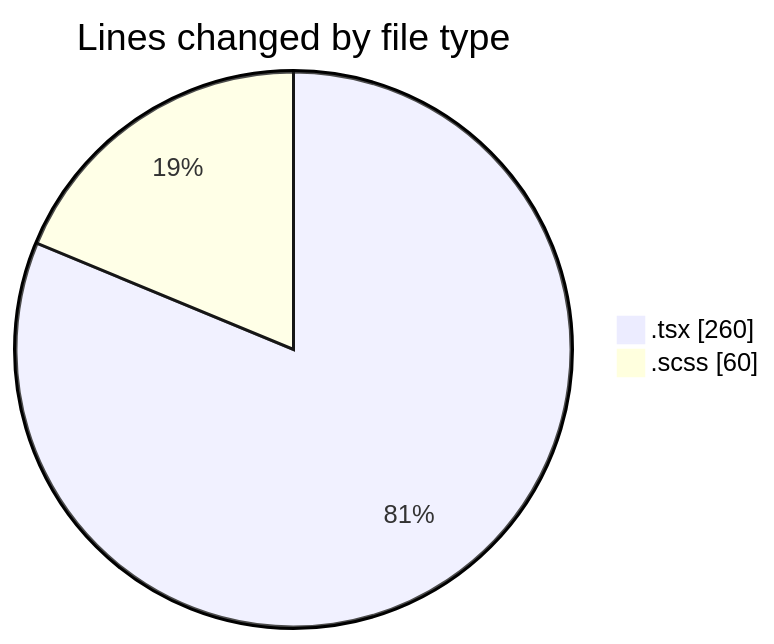
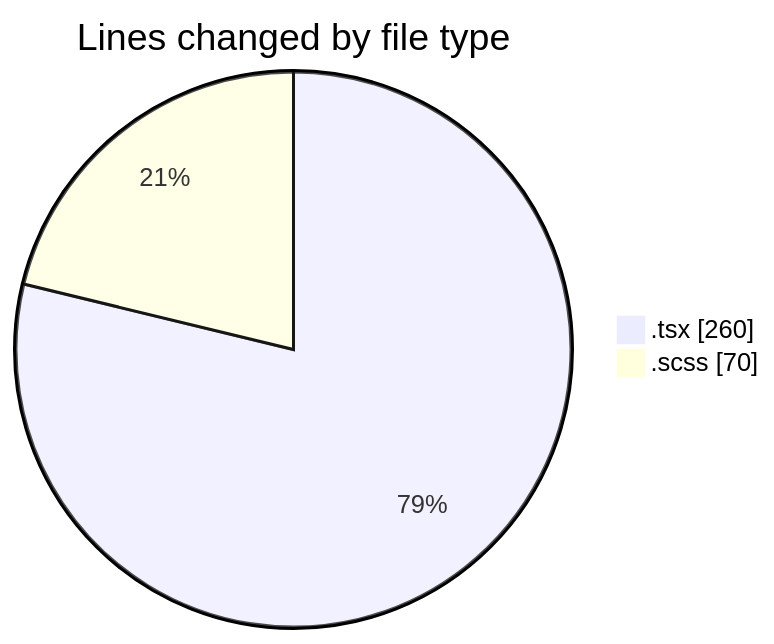
One commit to momahboobian/code-tracking changed the first of 2 diagrams in 2026-04-10/cda/README.md. Above: the diagram before and after it, drawn with Mermaid. The commit also changed other lines of this file and 1 other file, not shown here.

````diff
--- a/2026-04-10/cda/README.md
+++ b/2026-04-10/cda/README.md
@@ -22,6 +22,6 @@
 ```mermaid
 pie showData
 title Lines changed by file type
 ".tsx" : 260
-".scss" : 60
+".scss" : 70
 ```
````
